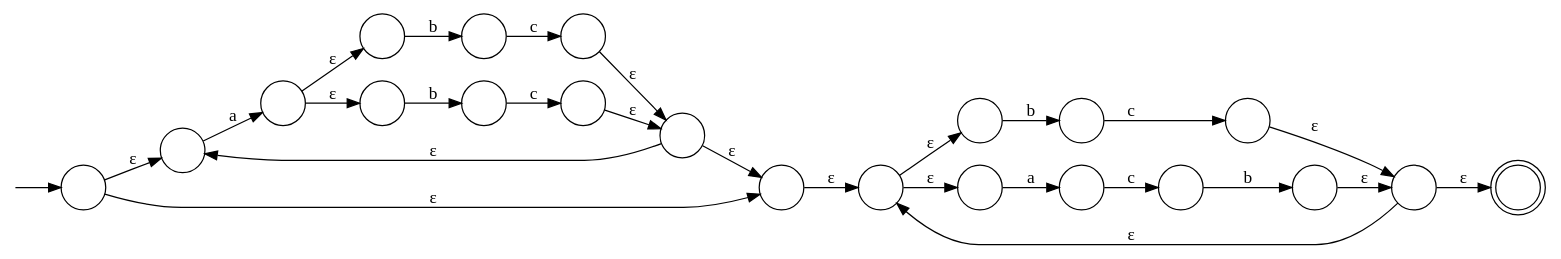
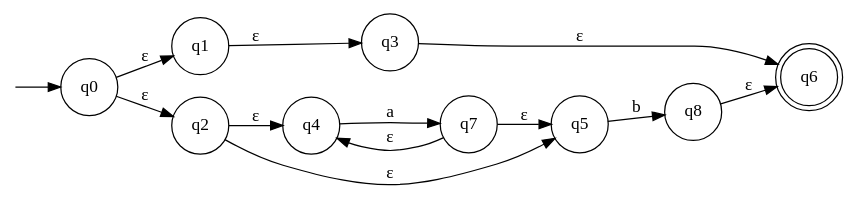
One commit to water-mizuu/finite_automata_conversion changed the diagram in nfa_e.dot. Above: the diagram before and after it, drawn with Graphviz. The commit also changed 11 other files, not shown here.

```diff
--- a/nfa_e.dot
+++ b/nfa_e.dot
@@ -1,51 +1,25 @@
 digraph G {
   rankdir=LR;
   n__ [label="" shape=none width=.0];
-  0 [shape=circle label=""];
-  2 [shape=circle label=""];
-  4 [shape=circle label=""];
-  5 [shape=circle label=""];
-  6 [shape=circle label=""];
-  8 [shape=circle label=""];
-  9 [shape=circle label=""];
-  10 [shape=circle label=""];
-  12 [shape=circle label=""];
-  13 [shape=circle label=""];
-  14 [shape=circle label=""];
-  15 [shape=doublecircle label=""];
-  16 [shape=circle label=""];
-  17 [shape=circle label=""];
-  18 [shape=circle label=""];
-  20 [shape=circle label=""];
-  21 [shape=circle label=""];
-  22 [shape=circle label=""];
-  24 [shape=circle label=""];
-  26 [shape=circle label=""];
-  27 [shape=circle label=""];
+  0 [shape=circle label="q0"]
+  1 [shape=doublecircle label="q6"]
+  2 [shape=circle label="q1"]
+  3 [shape=circle label="q3"]
+  4 [shape=circle label="q2"]
+  6 [shape=circle label="q4"]
+  7 [shape=circle label="q7"]
+  8 [shape=circle label="q5"]
+  9 [shape=circle label="q8"]
   n__ -> 0;
-  2 -> 4 [label="a"];
-  6 -> 8 [label="b"];
-  8 -> 9 [label="c"];
-  10 -> 12 [label="b"];
-  12 -> 13 [label="c"];
+  2 -> 3 [label="ε"];
+  6 -> 7 [label="a"];
   4 -> 6 [label="ε"];
-  4 -> 10 [label="ε"];
-  9 -> 5 [label="ε"];
-  13 -> 5 [label="ε"];
+  4 -> 8 [label="ε"];
+  7 -> 6 [label="ε"];
+  7 -> 8 [label="ε"];
+  8 -> 9 [label="b"];
   0 -> 2 [label="ε"];
-  0 -> 14 [label="ε"];
-  5 -> 2 [label="ε"];
-  5 -> 14 [label="ε"];
-  18 -> 20 [label="b"];
-  20 -> 21 [label="c"];
-  22 -> 24 [label="a"];
-  24 -> 26 [label="c"];
-  26 -> 27 [label="b"];
-  16 -> 18 [label="ε"];
-  16 -> 22 [label="ε"];
-  21 -> 17 [label="ε"];
-  27 -> 17 [label="ε"];
-  14 -> 16 [label="ε"];
-  17 -> 16 [label="ε"];
-  17 -> 15 [label="ε"];
+  0 -> 4 [label="ε"];
+  3 -> 1 [label="ε"];
+  9 -> 1 [label="ε"];
 }
```
